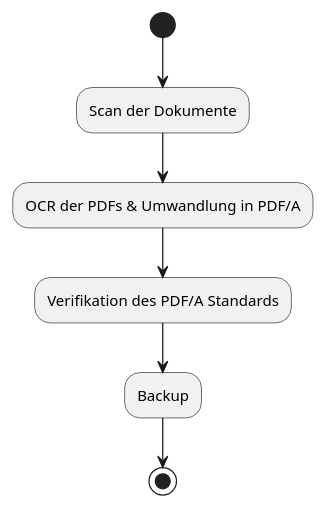
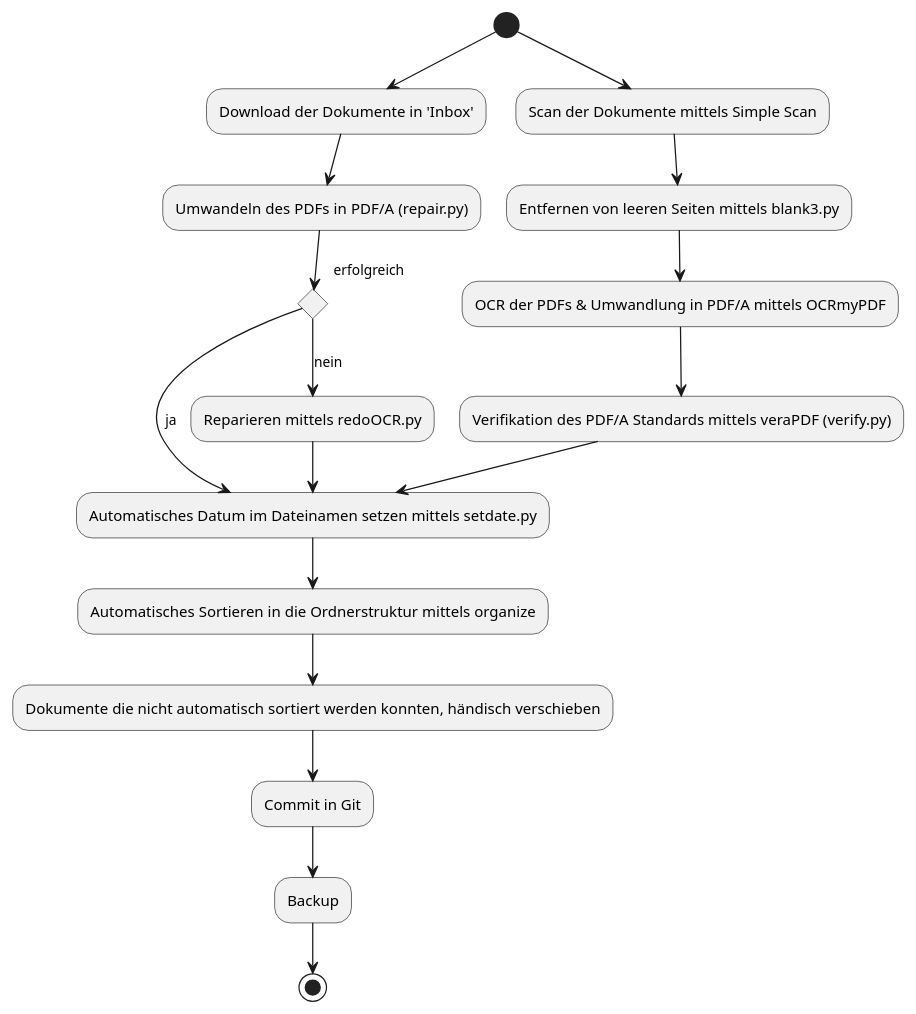
One commit to rsmuc/rsmuc.github.io changed the diagram in docs/Paperless/workflows/workflow.plantuml. Above: the diagram before and after it, drawn with PlantUML. The commit also changed 36 other files, not shown here.

```diff
--- a/docs/Paperless/workflows/workflow.plantuml
+++ b/docs/Paperless/workflows/workflow.plantuml
@@ -1,7 +1,22 @@
 @startuml
-(*) --> "Scan der Dokumente"
---> "OCR der PDFs & Umwandlung in PDF/A"
---> "Verifikation des PDF/A Standards"
+(*) --> "Download der Dokumente in 'Inbox'"
+--> "Umwandeln des PDFs in PDF/A (repair.py)"
+
+if "erfolgreich" then
+--> [ja] "Automatisches Datum im Dateinamen setzen mittels setdate.py"
+
+else
+--> [nein] "Reparieren mittels redoOCR.py"
+--> "Automatisches Datum im Dateinamen setzen mittels setdate.py"
+
+(*) --> "Scan der Dokumente mittels Simple Scan"
+--> "Entfernen von leeren Seiten mittels blank3.py"
+--> "OCR der PDFs & Umwandlung in PDF/A mittels OCRmyPDF"
+--> "Verifikation des PDF/A Standards mittels veraPDF (verify.py)"
+--> "Automatisches Datum im Dateinamen setzen mittels setdate.py"
+--> "Automatisches Sortieren in die Ordnerstruktur mittels organize"
+--> "Dokumente die nicht automatisch sortiert werden konnten, händisch verschieben"
+--> "Commit in Git"
 --> "Backup"
 "Backup" --> (*)
 @enduml
```
